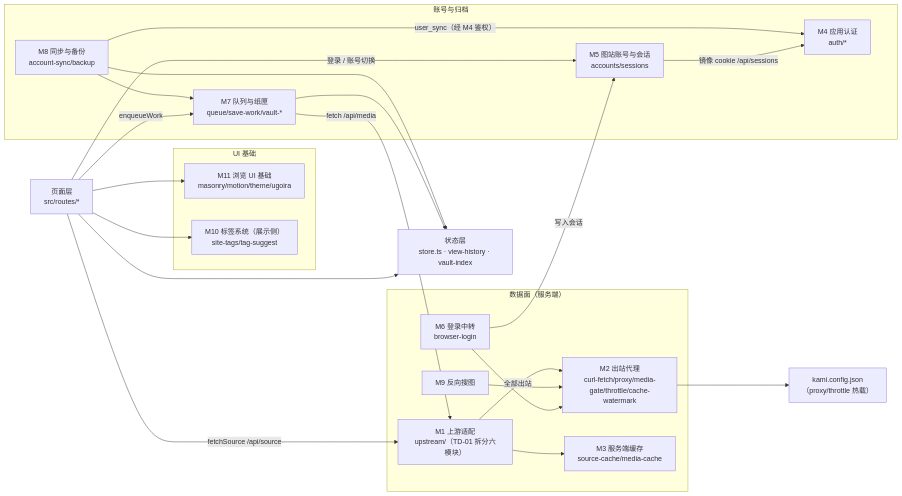
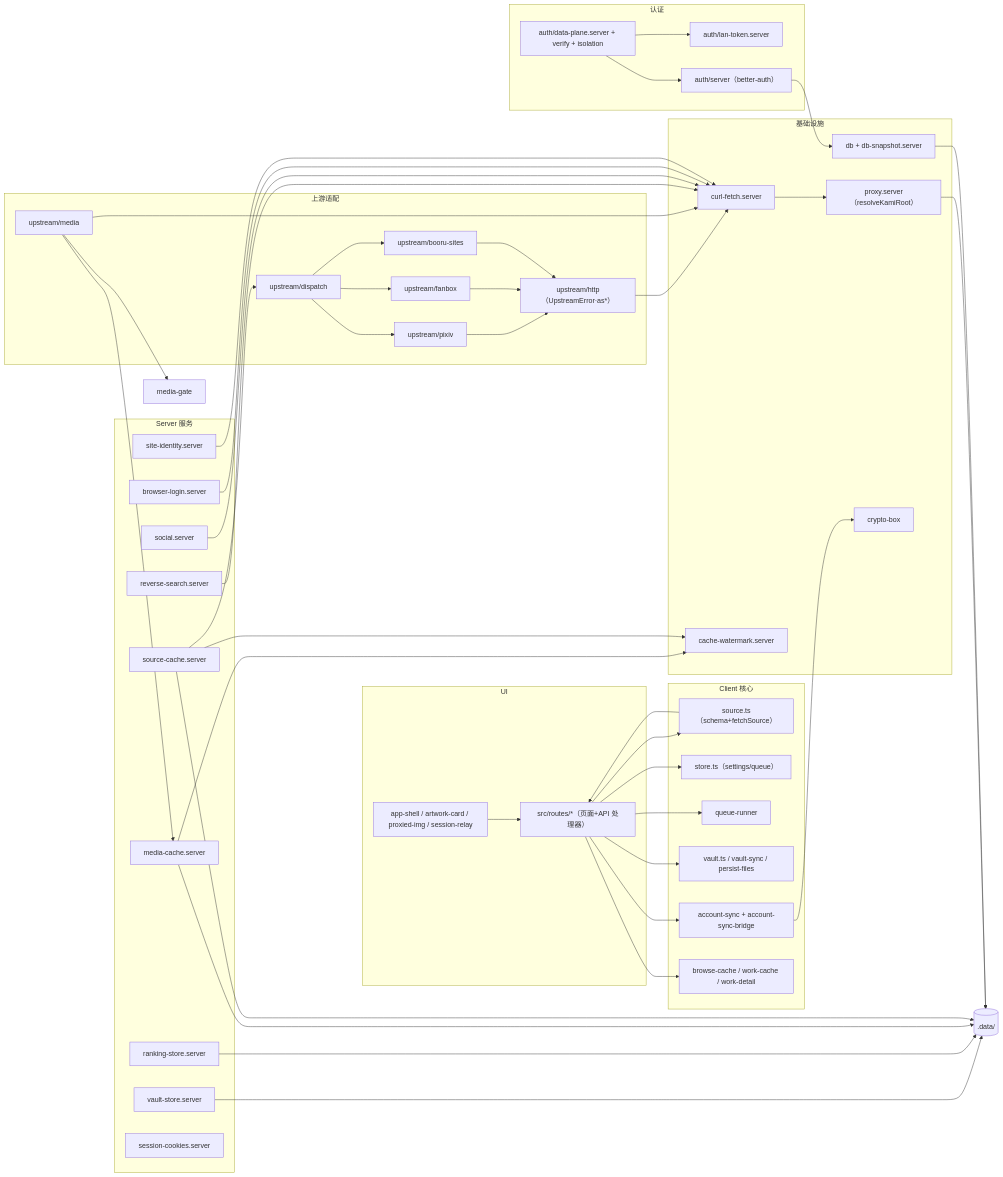
One commit to Atsukiizumi/Kami-paperbox changed the diagram in docs/diagrams/模块关系图.md. Above: the diagram before and after it, drawn with Mermaid. The commit also changed other lines of this file and 25 other files, not shown here.

First line of the commit message:
docs 全量重推导：基线 75e7de0 重写 00~16 + 9 图

````diff
--- a/docs/diagrams/模块关系图.md
+++ b/docs/diagrams/模块关系图.md
@@ -6,43 +7,67 @@
 ```mermaid
 flowchart LR
-    pages["页面层<br/>src/routes/*"]
+  subgraph UI["UI"]
+    routes["src/routes/*（页面+API 处理器）"]
+    shell["app-shell / artwork-card / proxied-img / session-relay"]
+  end
 
-    subgraph ui_group["UI 基础"]
-        M11["M11 浏览 UI 基础<br/>masonry/motion/theme/ugoira"]
-        M10v["M10 标签系统（展示侧）<br/>site-tags/tag-suggest"]
-    end
+  subgraph client["Client 核心"]
+    source["source.ts（schema+fetchSource）"]
+    store["store.ts（settings/queue）"]
+    qrunner["queue-runner"]
+    vclient["vault.ts / vault-sync / persist-files"]
+    async["account-sync + account-sync-bridge"]
+    bcache["browse-cache / work-cache / work-detail"]
+  end
 
-    state["状态层<br/>store.ts · view-history · vault-index"]
+  subgraph upstream["上游适配"]
+    dispatch["upstream/dispatch"]
+    pixiv["upstream/pixiv"]
+    fanbox["upstream/fanbox"]
+    bsites["upstream/booru-sites"]
+    uhttp["upstream/http（UpstreamError·as*）"]
+    umedia["upstream/media"]
+  end
 
-    subgraph data_plane["数据面（服务端）"]
-        M1["M1 上游适配<br/>upstream/（TD-01 拆分六模块）"]
-        M2["M2 出站代理<br/>curl-fetch/proxy/media-gate/throttle/cache-watermark"]
-        M3["M3 服务端缓存<br/>source-cache/media-cache"]
-        M6["M6 登录中转<br/>browser-login"]
-        M9["M9 反向搜图"]
-    end
+  subgraph serverlib["Server 服务"]
+    scache["source-cache.server"]
+    mcache["media-cache.server"]
+    rsrv["reverse-search.server"]
+    socialsrv["social.server"]
+    loginjob["browser-login.server"]
+    vaultsrv["vault-store.server"]
+    ranksrv["ranking-store.server"]
+    identity["site-identity.server"]
+    whoami2["session-cookies.server"]
+  end
 
-    subgraph account_plane["账号与归档"]
-        M4["M4 应用认证<br/>auth/*"]
-        M5["M5 图站账号与会话<br/>accounts/sessions"]
-        M7["M7 队列与纸匣<br/>queue/save-work/vault-*"]
-        M8["M8 同步与备份<br/>account-sync/backup"]
-    end
+  subgraph infra["基础设施"]
+    curf["curl-fetch.server"]
+    proxys["proxy.server（resolveKamiRoot）"]
+    dbs["db + db-snapshot.server"]
+    crypt["crypto-box"]
+    watermark["cache-watermark.server"]
+  end
 
-    pages --> M11 & M10v & state
-    pages -->|"fetchSource /api/source"| M1
-    pages -->|"enqueueWork"| M7
-    pages -->|"登录 / 账号切换"| M5
-    M6 -->|"写入会话"| M5
-    M6 --> M2
-    M5 -->|"镜像 cookie /api/sessions"| M4
-    M7 -->|"fetch /api/media"| M1
-    M7 --> state
-    M8 --> state
-    M8 -->|"user_sync（经 M4 鉴权）"| M4
-    M8 --> M7
-    M9 --> M2
-    M1 -->|"全部出站"| M2
-    M1 --> M3
-    M2 --> config["kami.config.json<br/>（proxy/throttle 热载）"]
+  subgraph auth["认证"]
+    dplane["auth/data-plane.server + verify + isolation"]
+    lantok["auth/lan-token.server"]
+    basrv["auth/server（better-auth）"]
+  end
+
+  routes --> source & store & qrunner & vclient & async & bcache
+  shell --> routes
+  source --> routes
+  scache --> dispatch
+  dispatch --> pixiv & fanbox & bsites
+  pixiv & fanbox & bsites --> uhttp
+  uhttp & umedia & rsrv & socialsrv & loginjob & identity --> curf
+  umedia --> mcache & gate3["media-gate"]
+  mcache & scache --> watermark
+  curf --> proxys
+  vaultsrv & ranksrv & mcache & scache & proxys --> data[(".data/")]
+  async --> crypt
+  dplane --> basrv & lantok
+  basrv --> dbs
+  dbs --> data
 ```
````
